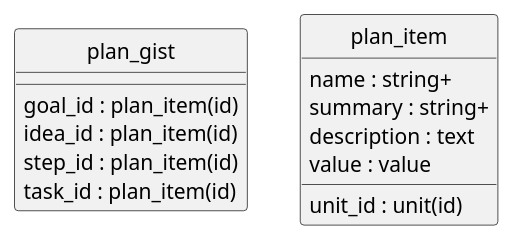
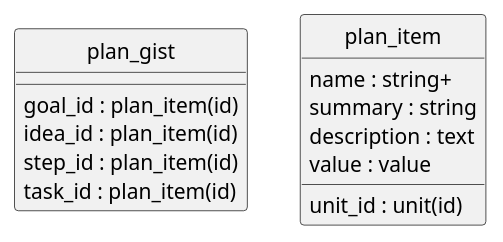
One commit to contactopensource/contactopensource changed the diagram in doc/concepts/plan_gist/uml.plantuml. Above: the diagram before and after it, drawn with PlantUML. The commit also changed 109 other files, not shown here.

```diff
--- a/doc/concepts/plan_gist/uml.plantuml
+++ b/doc/concepts/plan_gist/uml.plantuml
@@ -1,21 +1,21 @@
 @startuml uml
 skinparam monochrome true
 skinparam linetype ortho
 hide circle
 
 entity plan_gist {
   goal_id : plan_item(id)
   idea_id : plan_item(id)
   step_id : plan_item(id)
   task_id : plan_item(id)
 }
 
 entity plan_item {
   name : string+
-  summary : string+
+  summary : string
   description : text
   unit_id : unit(id)
   value : value
 }
 
 @enduml
```
